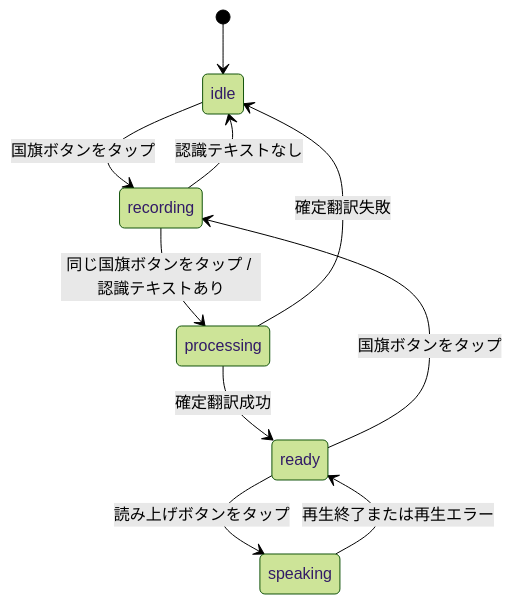
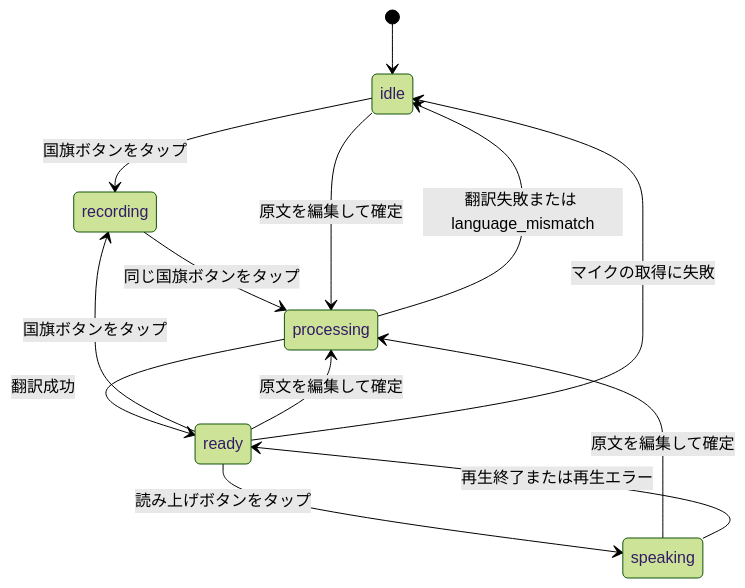
One commit to shin-arita/gotalk changed the second of 2 diagrams in docs/speech-flow.md. Above: the diagram before and after it, drawn with Mermaid (forest theme). The commit also changed other lines of this file and 12 other files, not shown here.

````diff
--- a/docs/speech-flow.md
+++ b/docs/speech-flow.md
@@ -100,12 +113,15 @@
 ```mermaid
 stateDiagram-v2
   [*] --> idle
   idle --> recording: 国旗ボタンをタップ
   ready --> recording: 国旗ボタンをタップ
-  recording --> processing: 同じ国旗ボタンをタップ / 認識テキストあり
-  recording --> idle: 認識テキストなし
-  processing --> ready: 確定翻訳成功
-  processing --> idle: 確定翻訳失敗
+  recording --> processing: 同じ国旗ボタンをタップ
+  processing --> ready: 翻訳成功
+  processing --> idle: 翻訳失敗または language_mismatch
+  ready --> processing: 原文を編集して確定
+  idle --> processing: 原文を編集して確定
+  speaking --> processing: 原文を編集して確定
+  ready --> idle: マイクの取得に失敗
   ready --> speaking: 読み上げボタンをタップ
   speaking --> ready: 再生終了または再生エラー
 ```
````
